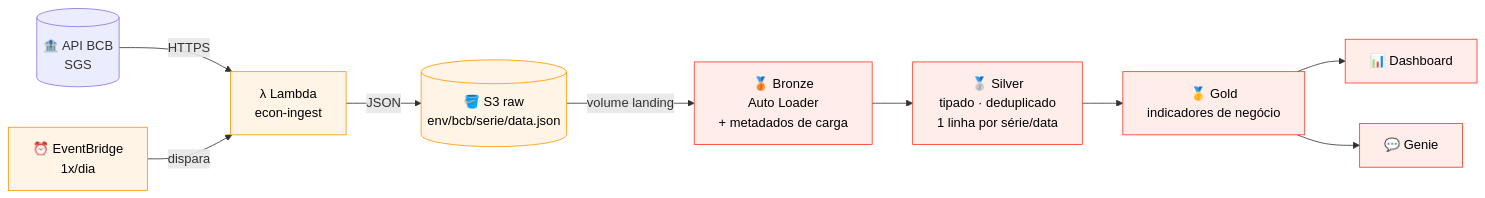
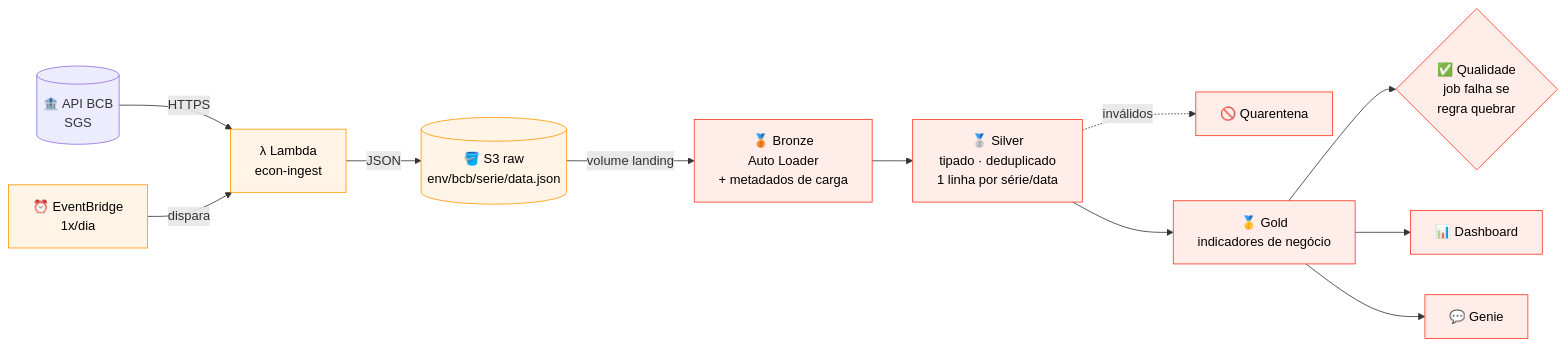
Before and after one commit to Jennifer-Maia/databricks-aws-lakehouse: the first of 4 diagrams in README.md, drawn with Mermaid. The commit also changed other lines of this file and 17 other files, not shown here.

First line of the commit message:
Pipeline medalhão: job serverless com Auto Loader, quarentena, Gold em SQL e testes PySpark

````diff
--- a/README.md
+++ b/README.md
@@ -68,16 +68,18 @@
 ```mermaid
 flowchart LR
     API[("🏦 API BCB<br/>SGS")] -->|HTTPS| L["λ Lambda<br/>econ-ingest"]
     EB["⏰ EventBridge<br/>1x/dia"] -->|dispara| L
     L -->|JSON| RAW[("🪣 S3 raw<br/>env/bcb/serie/data.json")]
     RAW -->|volume landing| BZ["🥉 Bronze<br/>Auto Loader<br/>+ metadados de carga"]
     BZ --> SV["🥈 Silver<br/>tipado · deduplicado<br/>1 linha por série/data"]
+    SV -.->|inválidos| QR["🚫 Quarentena"]
     SV --> GD["🥇 Gold<br/>indicadores de negócio"]
+    GD --> QA{"✅ Qualidade<br/>job falha se<br/>regra quebrar"}
     GD --> DB["📊 Dashboard"]
     GD --> GN["💬 Genie"]
 
     classDef aws fill:#FFF4E5,stroke:#FF9900,color:#000
     classDef dbx fill:#FFEDEA,stroke:#FF3621,color:#000
     class L,EB,RAW aws
-    class BZ,SV,GD,DB,GN dbx
+    class BZ,SV,GD,DB,GN,QR,QA dbx
 ```
````
